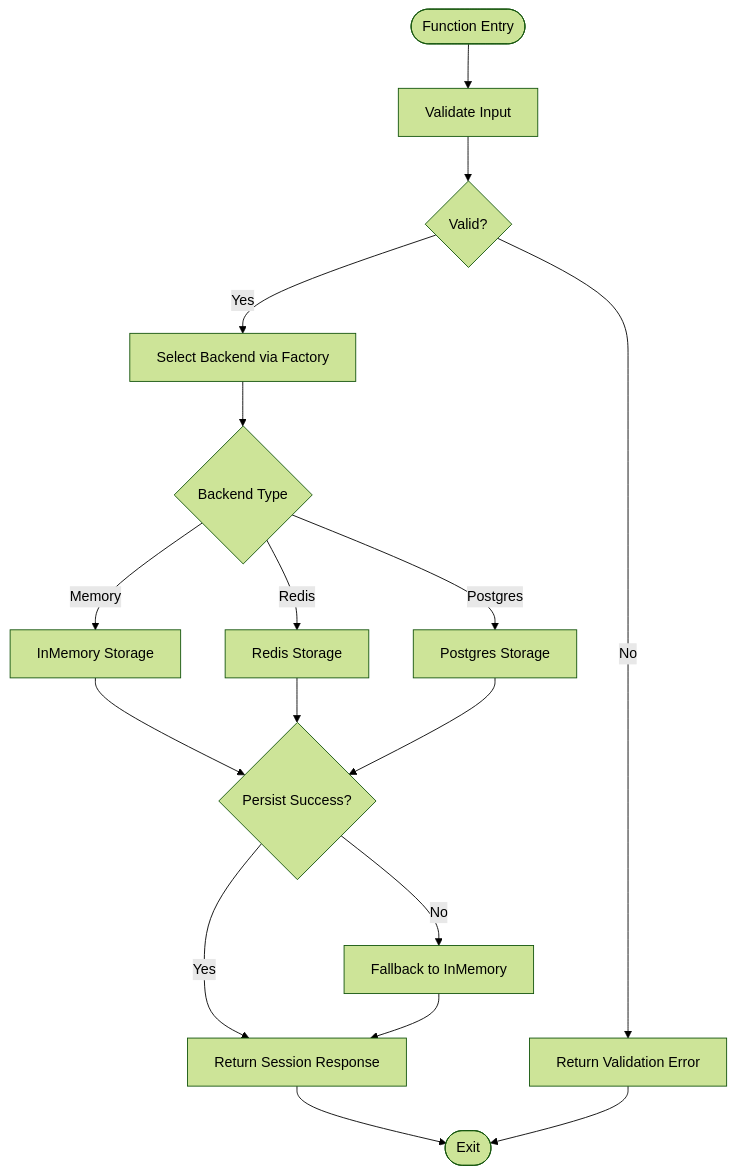
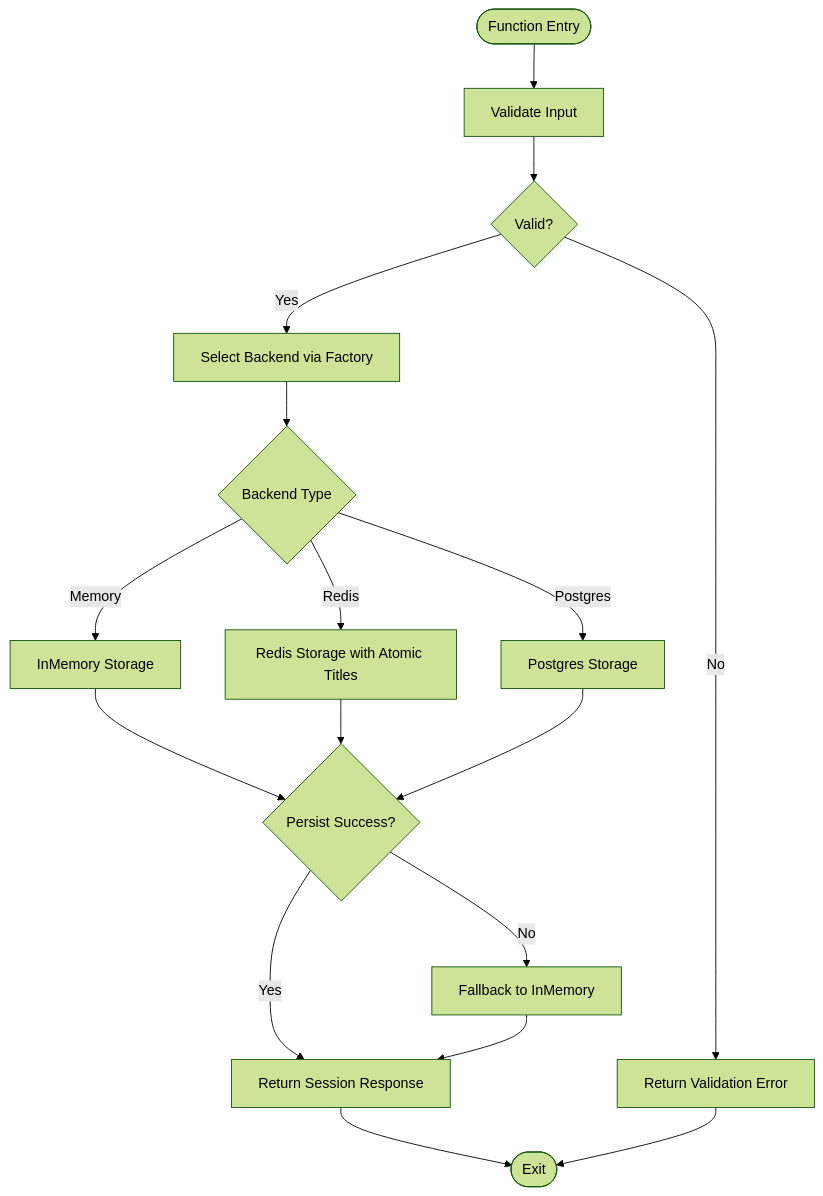
One commit to metasync/luban-aiops changed the third of 5 diagrams in .qoder/repowiki/en/content/Agent Platform Service/Session Management and State Persistence.md. Above: the diagram before and after it, drawn with Mermaid (forest theme). The commit also changed other lines of this file and 13 other files, not shown here.

````diff
--- a/.qoder/repowiki/en/content/Agent Platform Service/Session Management and State Persistence.md
+++ b/.qoder/repowiki/en/content/Agent Platform Service/Session Management and State Persistence.md
@@ -194,19 +200,19 @@
 ```mermaid
 flowchart TD
 Start(["Function Entry"]) --> Validate["Validate Input"]
 Validate --> Valid{"Valid?"}
 Valid --> |No| ReturnError["Return Validation Error"]
 Valid --> |Yes| SelectBackend["Select Backend via Factory"]
 SelectBackend --> BackendType{"Backend Type"}
 BackendType --> |Memory| MemoryPersist["InMemory Storage"]
-BackendType --> |Redis| RedisPersist["Redis Storage"]
+BackendType --> |Redis| RedisPersist["Redis Storage with Atomic Titles"]
 BackendType --> |Postgres| PostgresPersist["Postgres Storage"]
 MemoryPersist --> Success{"Persist Success?"}
 RedisPersist --> Success
 PostgresPersist --> Success
 Success --> |No| Fallback["Fallback to InMemory"]
 Success --> |Yes| ReturnResult["Return Session Response"]
 Fallback --> ReturnResult
 ReturnResult --> End(["Exit"])
 ReturnError --> End
 ```
````
